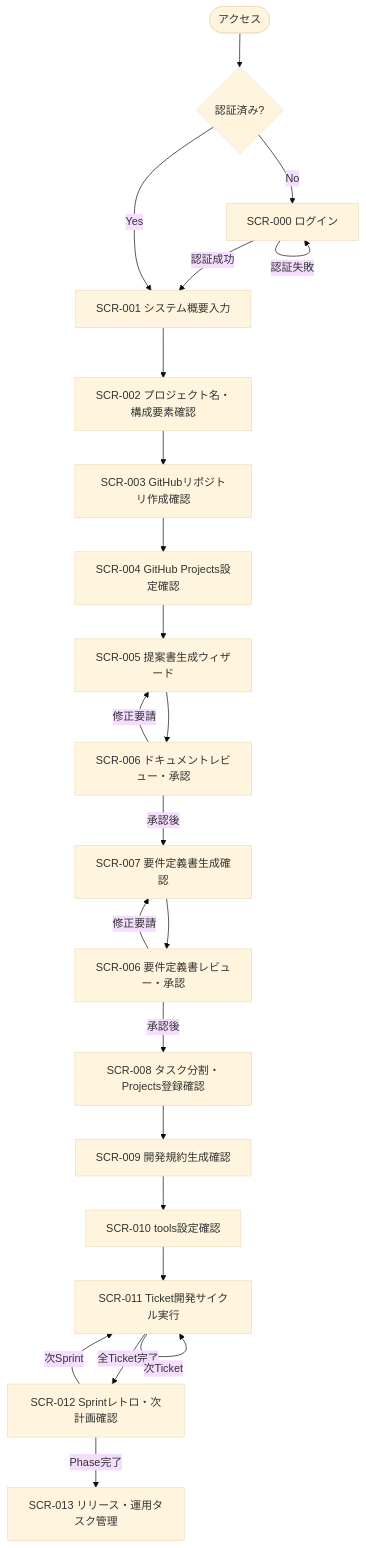
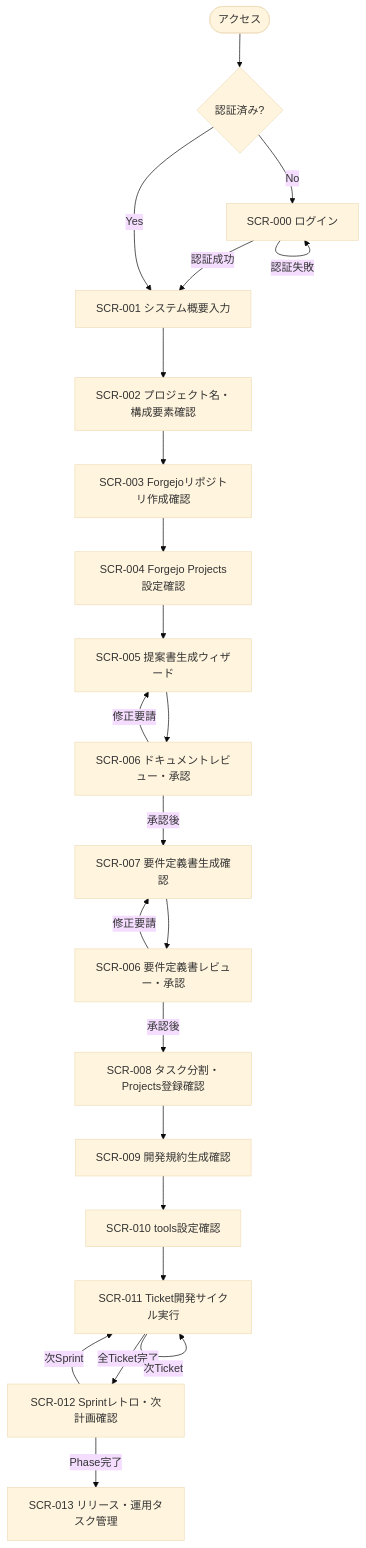
The first of 3 diagrams in _document/002.要件定義フェーズ/001.要件定義/001-06.画面遷移定義書.md (BossApe/lo-vibe), drawn with Mermaid (base theme) before and after one commit. The commit also changed other lines of this file and 38 other files, not shown here.

````diff
--- a/_document/002.要件定義フェーズ/001.要件定義/001-06.画面遷移定義書.md
+++ b/_document/002.要件定義フェーズ/001.要件定義/001-06.画面遷移定義書.md
@@ -64,26 +64,26 @@
 ```mermaid
 flowchart TD
     START([アクセス]) --> AUTH{認証済み?}
     AUTH -- No --> SCR000[SCR-000 ログイン]
     SCR000 -- 認証成功 --> SCR001[SCR-001 システム概要入力]
     SCR000 -- 認証失敗 --> SCR000
     AUTH -- Yes --> SCR001
 
     SCR001 --> SCR002[SCR-002 プロジェクト名・構成要素確認]
-    SCR002 --> SCR003[SCR-003 GitHubリポジトリ作成確認]
-    SCR003 --> SCR004[SCR-004 GitHub Projects設定確認]
+    SCR002 --> SCR003[SCR-003 Forgejoリポジトリ作成確認]
+    SCR003 --> SCR004[SCR-004 Forgejo Projects設定確認]
     SCR004 --> SCR005[SCR-005 提案書生成ウィザード]
     SCR005 --> SCR006[SCR-006 ドキュメントレビュー・承認]
     SCR006 -- 承認後 --> SCR007[SCR-007 要件定義書生成確認]
     SCR006 -- 修正要請 --> SCR005
     SCR007 --> SCR006B[SCR-006 要件定義書レビュー・承認]
     SCR006B -- 承認後 --> SCR008[SCR-008 タスク分割・Projects登録確認]
     SCR006B -- 修正要請 --> SCR007
     SCR008 --> SCR009[SCR-009 開発規約生成確認]
     SCR009 --> SCR010[SCR-010 tools設定確認]
     SCR010 --> SCR011[SCR-011 Ticket開発サイクル実行]
     SCR011 -- 全Ticket完了 --> SCR012[SCR-012 Sprintレトロ・次計画確認]
     SCR011 -- 次Ticket --> SCR011
     SCR012 -- 次Sprint --> SCR011
     SCR012 -- Phase完了 --> SCR013[SCR-013 リリース・運用タスク管理]
 ```
````
